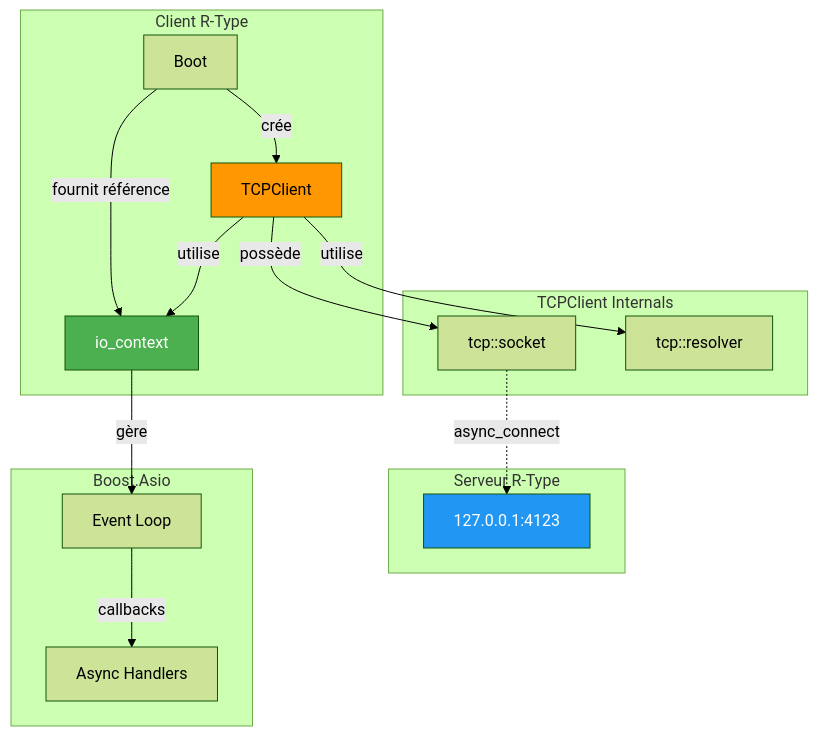
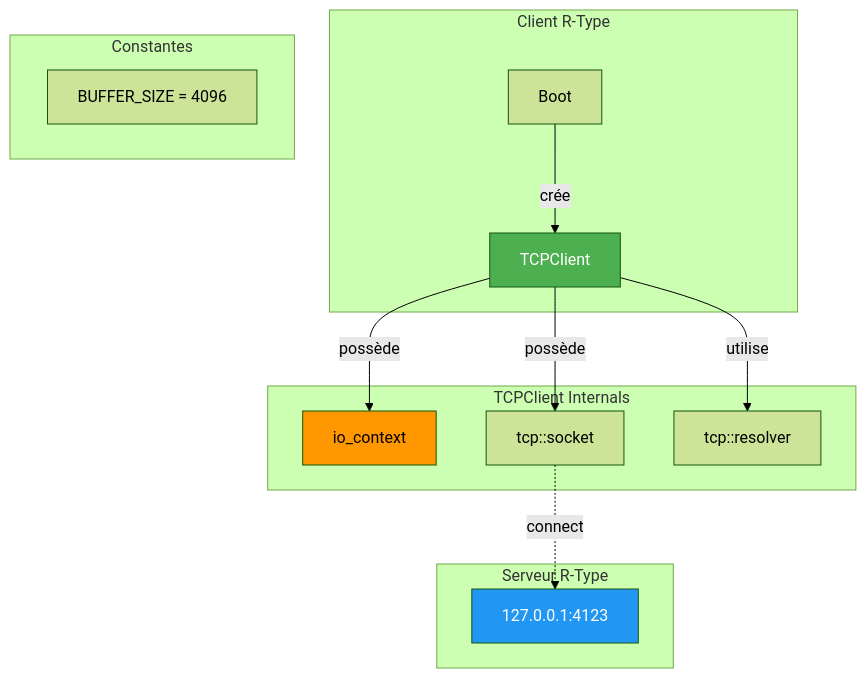
Before and after one commit to ChrisG-L/rtype: the first of 4 diagrams in docs/client/network/tcp-client.md, drawn with Mermaid (forest theme). The commit also changed other lines of this file and 2 other files, not shown here.

````diff
--- a/docs/client/network/tcp-client.md
+++ b/docs/client/network/tcp-client.md
@@ -20,26 +20,24 @@
 ```mermaid
 graph TB
     subgraph "Client R-Type"
         Boot[Boot] -->|crée| TCP[TCPClient]
-        Boot -->|fournit référence| IoCtx[io_context]
     end
 
     subgraph "TCPClient Internals"
-        TCP -->|utilise| IoCtx
+        TCP -->|possède| IoCtx[io_context]
         TCP -->|possède| Socket[tcp::socket]
         TCP -->|utilise| Resolver[tcp::resolver]
     end
 
     subgraph "Serveur R-Type"
-        Socket -.->|async_connect| Server[127.0.0.1:4123]
+        Socket -.->|connect| Server[127.0.0.1:4123]
     end
 
-    subgraph "Boost.Asio"
-        IoCtx -->|gère| EventLoop[Event Loop]
-        EventLoop -->|callbacks| Handlers[Async Handlers]
+    subgraph "Constantes"
+        BUF[BUFFER_SIZE = 4096]
     end
 
-    style TCP fill:#FF9800,color:#000
-    style IoCtx fill:#4CAF50,color:#fff
+    style TCP fill:#4CAF50,color:#fff
+    style IoCtx fill:#FF9800,color:#000
     style Server fill:#2196F3,color:#fff
 ```
````
